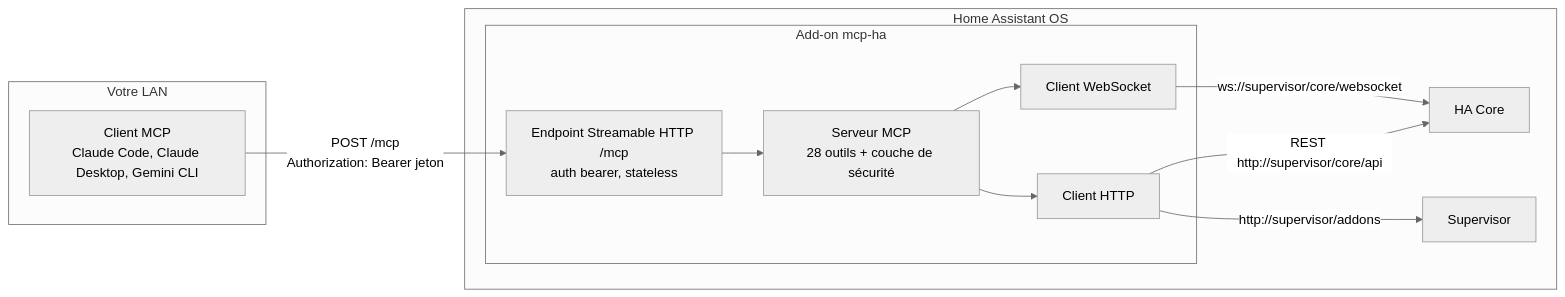
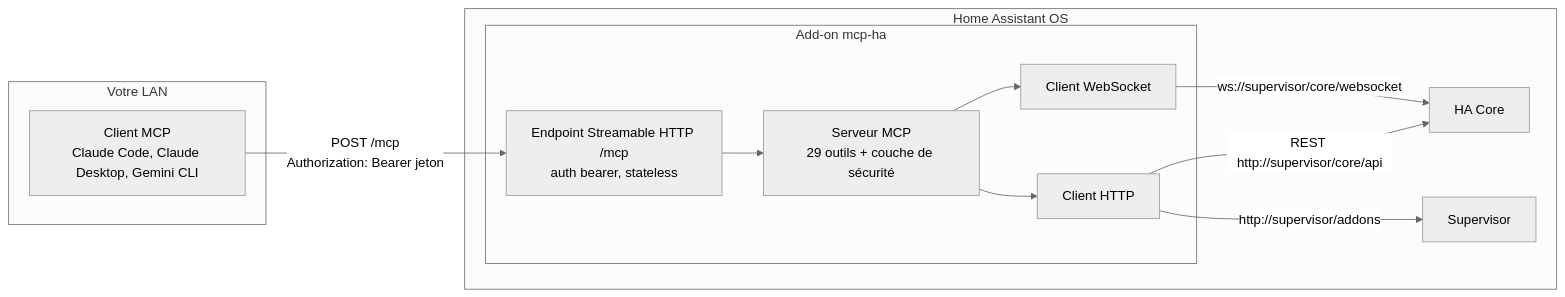
Before and after one commit to Devitek/mcp-ha: the first of 3 diagrams in docs/fr/reference/architecture.md, drawn with Mermaid (neutral theme). The commit also changed 17 other files, not shown here.

````diff
--- a/docs/fr/reference/architecture.md
+++ b/docs/fr/reference/architecture.md
@@ -7,23 +7,23 @@
 ```mermaid
 flowchart LR
   subgraph lan["Votre LAN"]
     C["Client MCP<br/>Claude Code, Claude Desktop, Gemini CLI"]
   end
   subgraph haos["Home Assistant OS"]
     subgraph addon["Add-on mcp-ha"]
       T["Endpoint Streamable HTTP /mcp<br/>auth bearer, stateless"]
-      S["Serveur MCP<br/>28 outils + couche de sécurité"]
+      S["Serveur MCP<br/>29 outils + couche de sécurité"]
       W["Client WebSocket"]
       H["Client HTTP"]
       T --> S
       S --> W
       S --> H
     end
     CORE["HA Core"]
     SUP["Supervisor"]
     W -->|"ws://supervisor/core/websocket"| CORE
     H -->|"REST http://supervisor/core/api"| CORE
     H -->|"http://supervisor/addons"| SUP
   end
   C -->|"POST /mcp<br/>Authorization: Bearer jeton"| T
 ```
````
